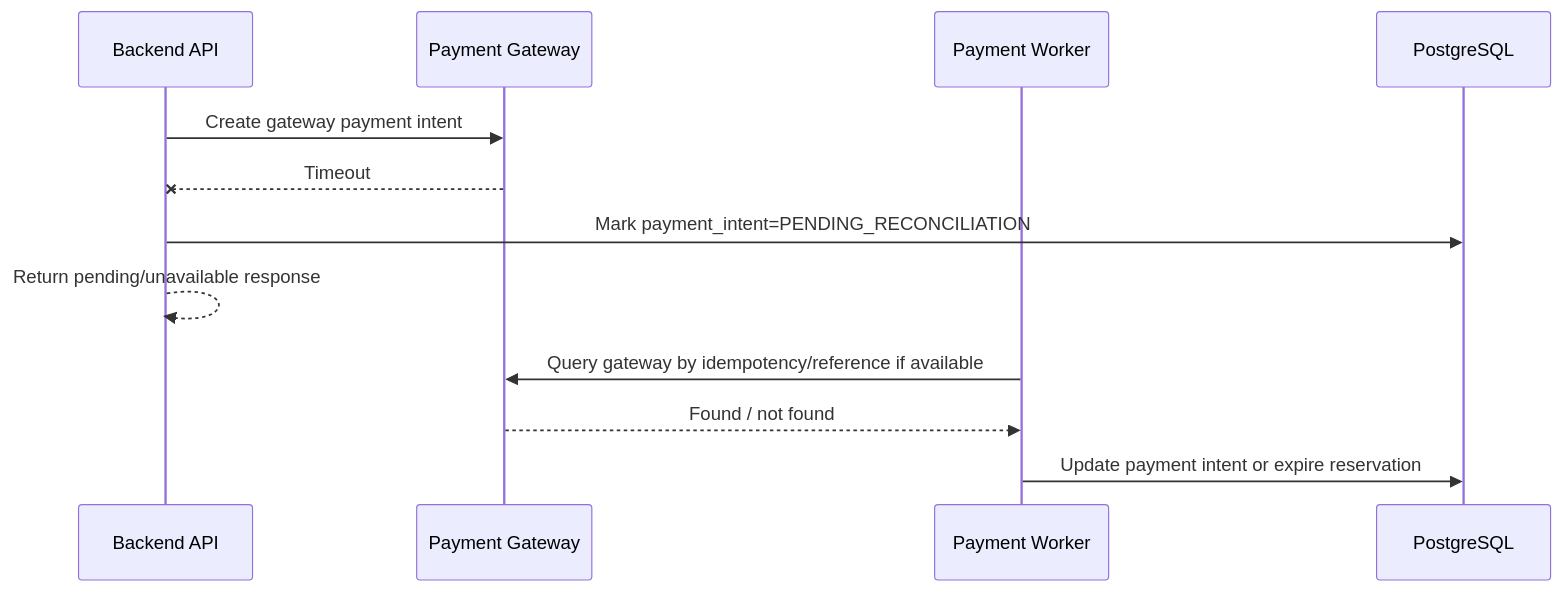
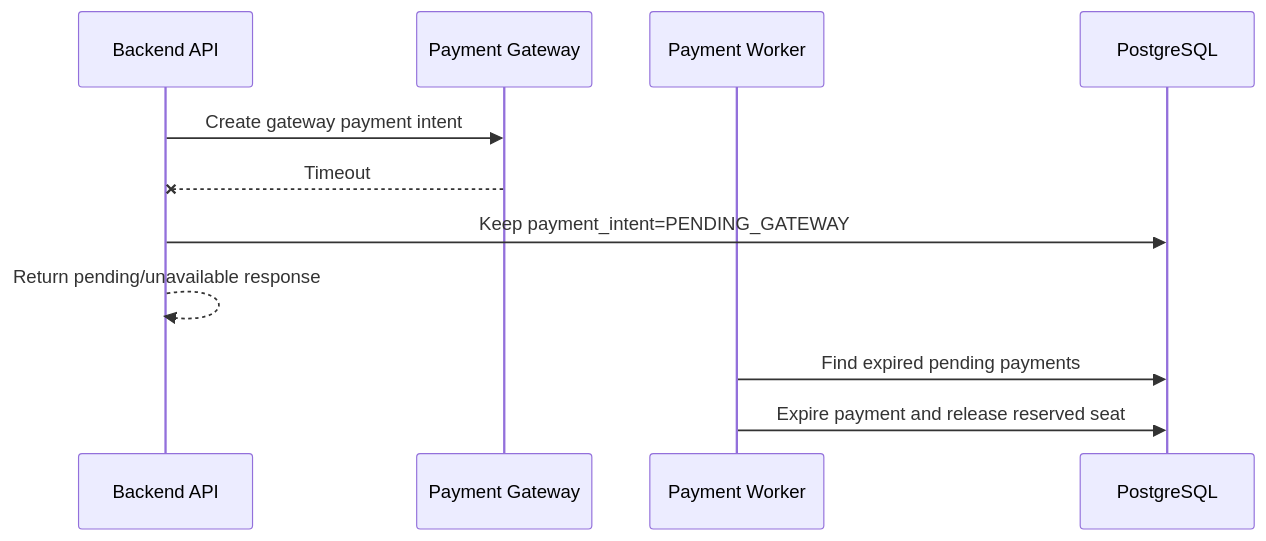
Before and after one commit to NguyenThanhTien539/unihub-workshop-system: the fifth of 6 diagrams in blueprint/specs/payment.md, drawn with Mermaid. The commit also changed other lines of this file and 8 other files, not shown here.

````diff
--- a/blueprint/specs/payment.md
+++ b/blueprint/specs/payment.md
@@ -179,15 +171,14 @@
 ```mermaid
 sequenceDiagram
     participant API as Backend API
     participant P as Payment Gateway
     participant W as Payment Worker
     participant DB as PostgreSQL
 
     API->>P: Create gateway payment intent
     P--xAPI: Timeout
-    API->>DB: Mark payment_intent=PENDING_RECONCILIATION
+    API->>DB: Keep payment_intent=PENDING_GATEWAY
     API-->>API: Return pending/unavailable response
-    W->>P: Query gateway by idempotency/reference if available
-    P-->>W: Found / not found
-    W->>DB: Update payment intent or expire reservation
+    W->>DB: Find expired pending payments
+    W->>DB: Expire payment and release reserved seat
 ```
````
